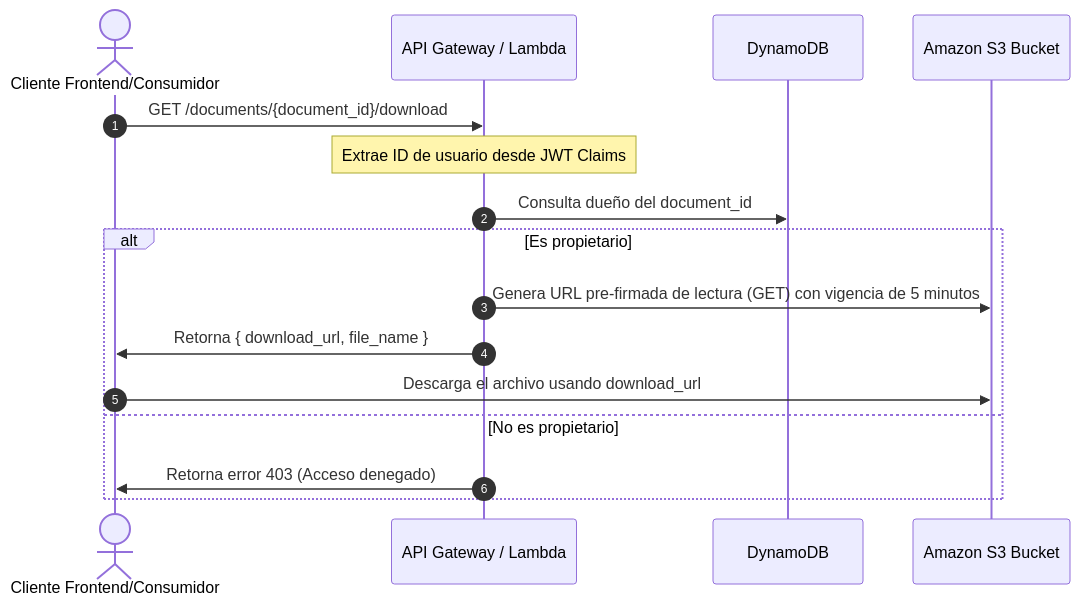
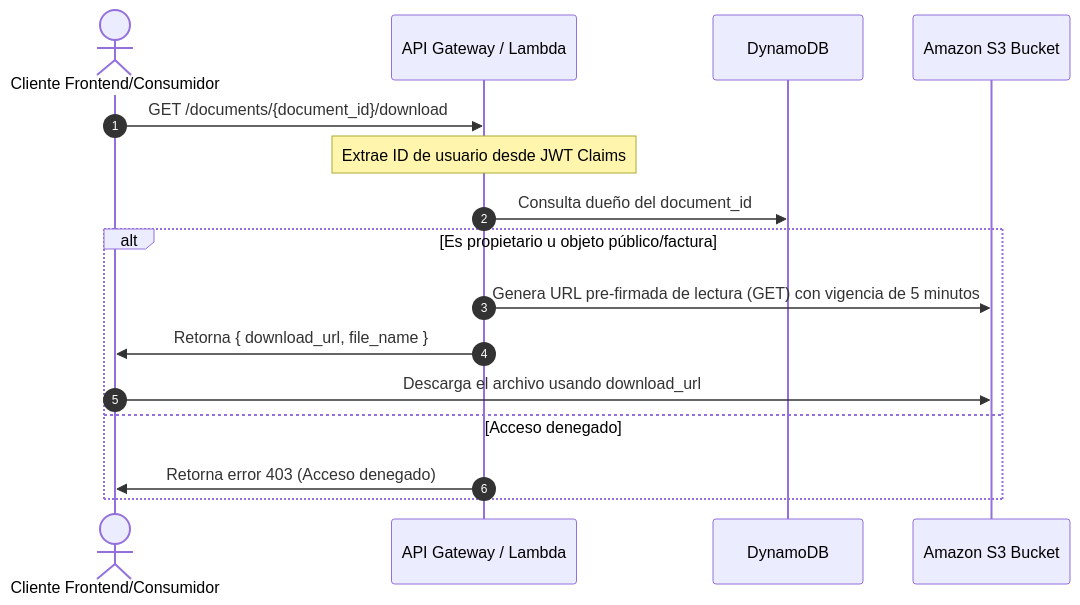
One commit to gestion-documental-aws/docs-arquitectura changed the second of 3 diagrams in api_documentation.md. Above: the diagram before and after it, drawn with Mermaid. The commit also changed other lines of this file and 2 other files, not shown here.

Commit message:
docs: update specifications to include invoices endpoint, flows, and postman collection

````diff
--- a/api_documentation.md
+++ b/api_documentation.md
@@ -135,19 +135,19 @@
 ```mermaid
 sequenceDiagram
     autonumber
     actor Cliente as Cliente Frontend/Consumidor
     participant API as API Gateway / Lambda
     participant DB as DynamoDB
     participant S3 as Amazon S3 Bucket
 
     Cliente->>API: GET /documents/{document_id}/download
     Note over API: Extrae ID de usuario desde JWT Claims
     API->>DB: Consulta dueño del document_id
-    alt Es propietario
+    alt Es propietario u objeto público/factura
         API->>S3: Genera URL pre-firmada de lectura (GET) con vigencia de 5 minutos
         API->>Cliente: Retorna { download_url, file_name }
         Cliente->>S3: Descarga el archivo usando download_url
-    else No es propietario
+    else Acceso denegado
         API->>Cliente: Retorna error 403 (Acceso denegado)
     end
 ```
````
